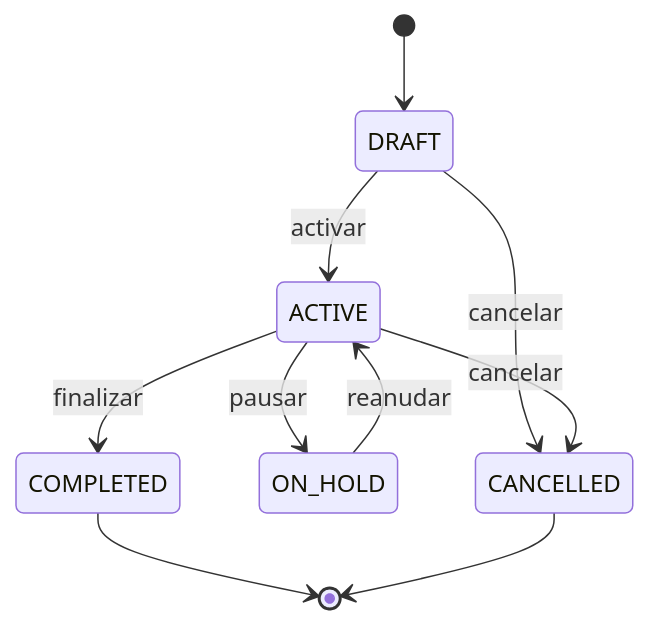
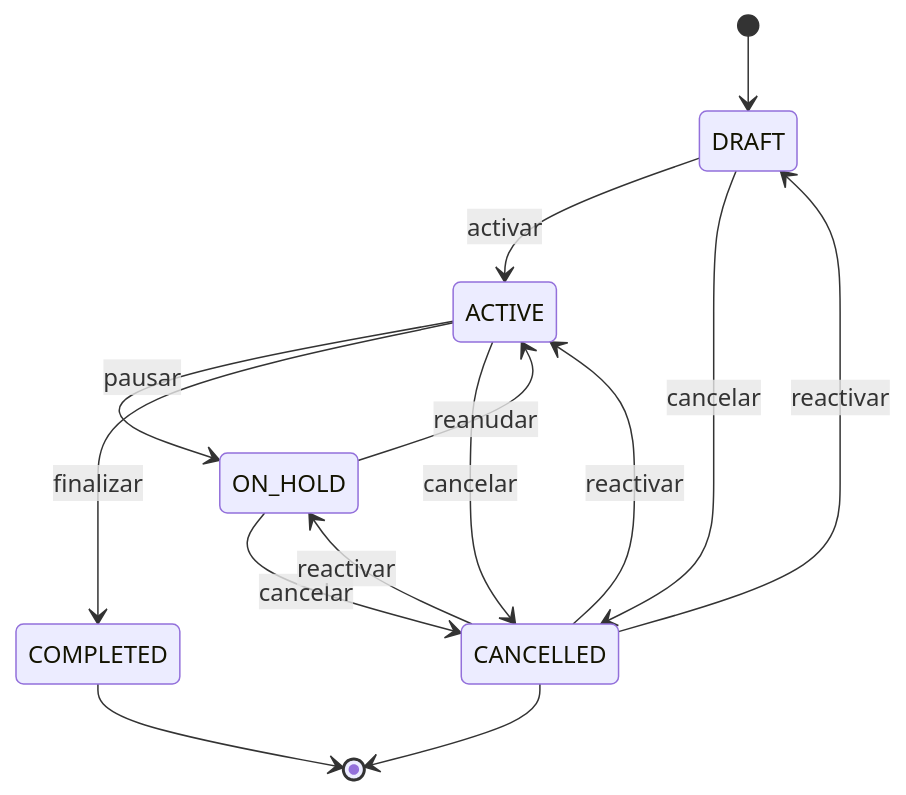
One commit to simonbravin/bloqer-v2 changed the first of 27 diagrams in docs/bloqer2.0/01-domain/STATE_MACHINES.md. Above: the diagram before and after it, drawn with Mermaid. The commit also changed other lines of this file and 37 other files, not shown here.

````diff
--- a/docs/bloqer2.0/01-domain/STATE_MACHINES.md
+++ b/docs/bloqer2.0/01-domain/STATE_MACHINES.md
@@ -28,12 +28,16 @@
 ```mermaid
 stateDiagram-v2
   [*] --> DRAFT
   DRAFT --> ACTIVE : activar
   DRAFT --> CANCELLED : cancelar
   ACTIVE --> ON_HOLD : pausar
   ON_HOLD --> ACTIVE : reanudar
   ACTIVE --> COMPLETED : finalizar
   ACTIVE --> CANCELLED : cancelar
+  ON_HOLD --> CANCELLED : cancelar
+  CANCELLED --> DRAFT : reactivar
+  CANCELLED --> ACTIVE : reactivar
+  CANCELLED --> ON_HOLD : reactivar
   COMPLETED --> [*]
   CANCELLED --> [*]
 ```
````
